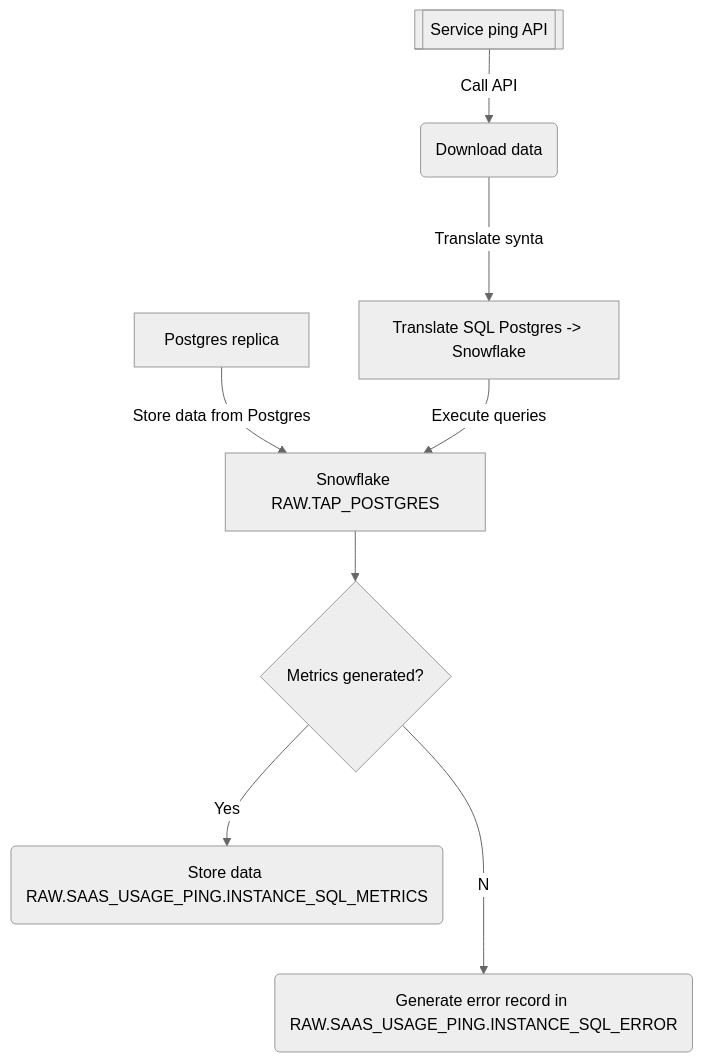
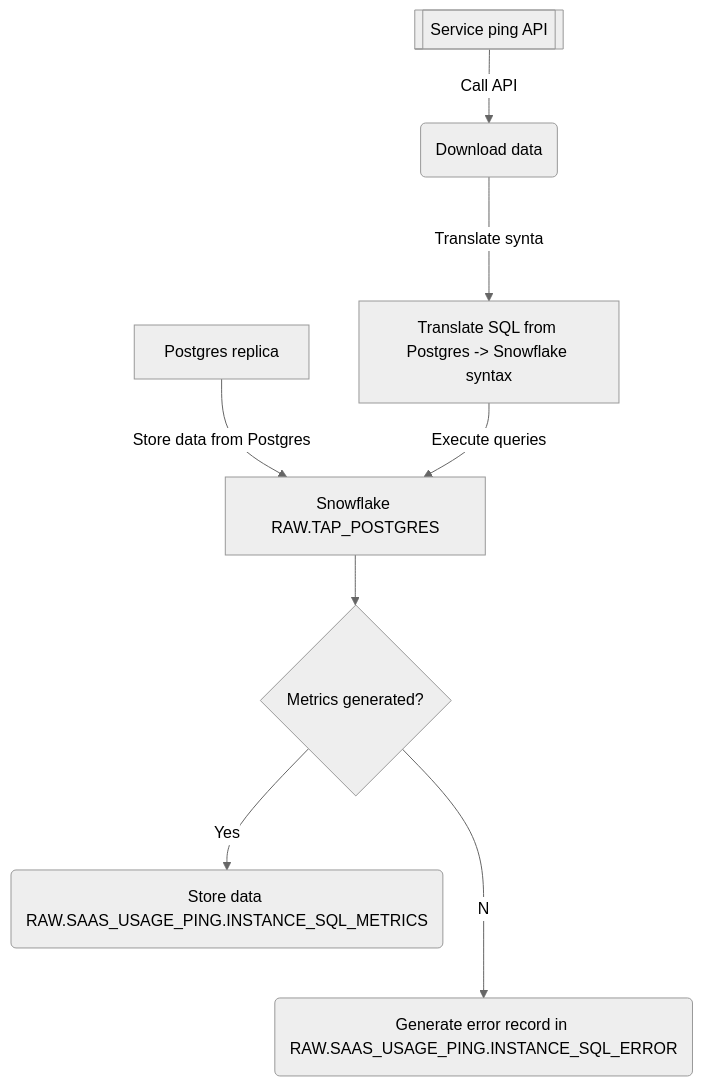
The first of 2 diagrams in extract/saas_usage_ping/README.md (ktopcuoglu/gitlab-dbt-analytics), drawn with Mermaid (neutral theme) before and after one commit. The commit also changed other lines of this file, not shown here.

````diff
--- a/extract/saas_usage_ping/README.md
+++ b/extract/saas_usage_ping/README.md
@@ -38,9 +38,9 @@
 ```mermaid
 graph TD;
   PGREP[Postgres replica]--Store data from Postgres-->SF_TP[Snowflake RAW.TAP_POSTGRES];
   SP_API[[Service ping API]]--Call API-->DNLD(Download data);
-  DNLD--Translate syntax-->TR_SQL[Translate SQL Postgres -> Snowflake];
+  DNLD--Translate syntax-->TR_SQL[Translate SQL from Postgres -> Snowflake syntax];
   TR_SQL--Execute queries-->SF_TP;
   SF_TP-->ERROR_CHECK{Metrics generated?}--Yes-->FIN_RAW(Store data RAW.SAAS_USAGE_PING.INSTANCE_SQL_METRICS);
   ERROR_CHECK--No-->ERR(Generate error record in RAW.SAAS_USAGE_PING.INSTANCE_SQL_ERROR);
 ```
````
